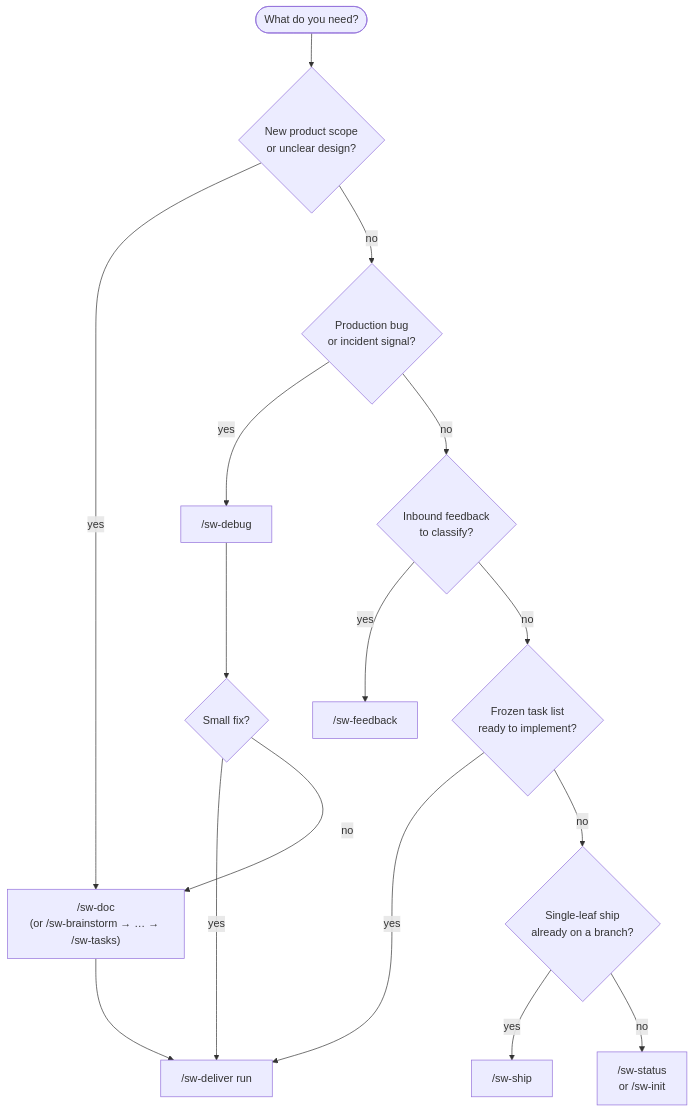
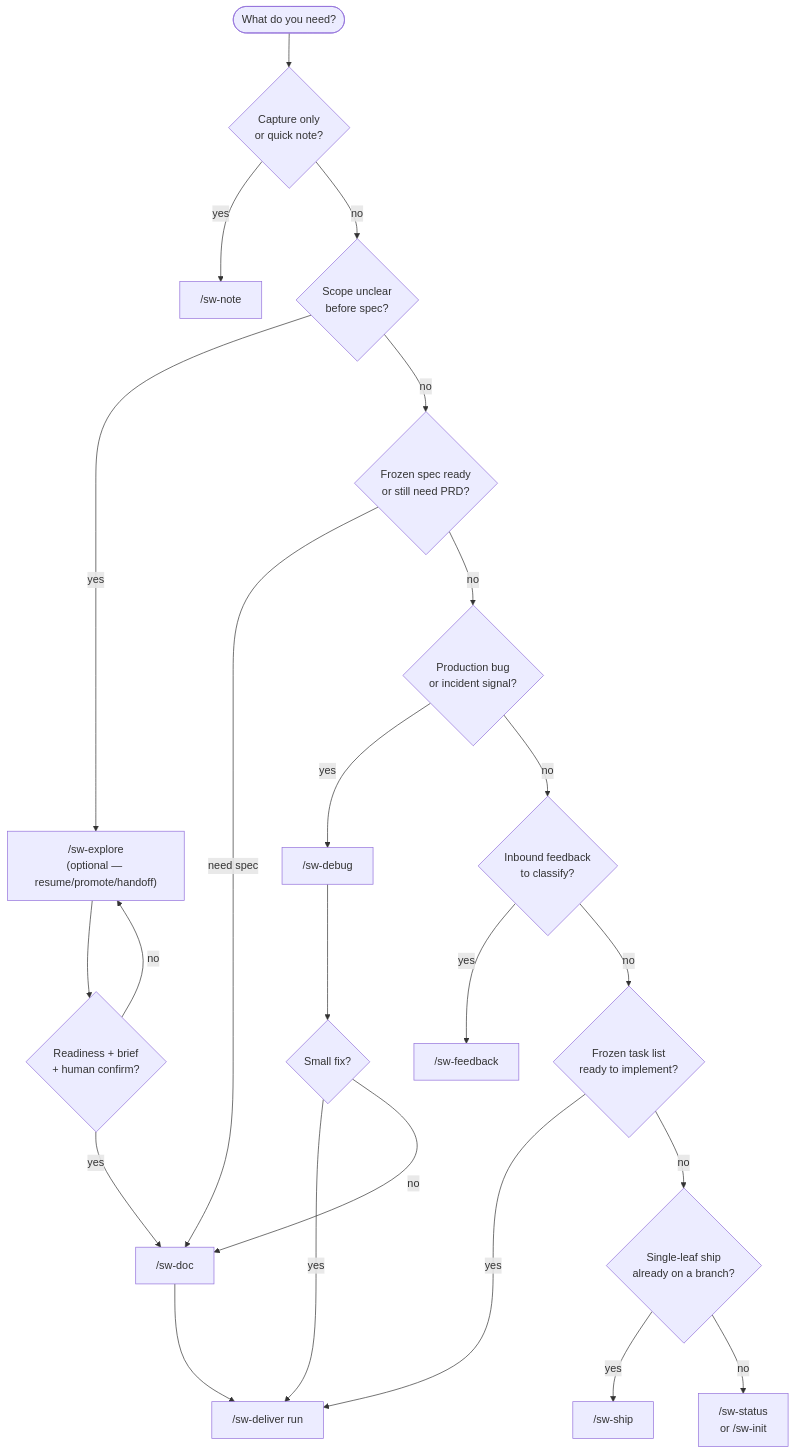
The first of 3 diagrams in docs/guides/decision-tree.md (grdavies/shipwright), drawn with Mermaid before and after one commit. The commit also changed other lines of this file and 84 other files, not shown here.

First line of the commit message:
feat(prd-331): sw explore first release (#1039)

````diff
--- a/docs/guides/decision-tree.md
+++ b/docs/guides/decision-tree.md
@@ -7,18 +7,25 @@
 ```mermaid
 flowchart TD
-  start([What do you need?]) --> newScope{New product scope<br/>or unclear design?}
-  newScope -->|yes| doc["/sw-doc<br/>(or /sw-brainstorm → … → /sw-tasks)"]
+  start([What do you need?]) --> capture{Capture only<br/>or quick note?}
+  capture -->|yes| note["/sw-note"]
+  capture -->|no| exploreQ{Scope unclear<br/>before spec?}
+  exploreQ -->|yes| explore["/sw-explore<br/>(optional — resume/promote/handoff)"]
+  exploreQ -->|no| newScope{Frozen spec ready<br/>or still need PRD?}
+  explore --> docHandoff{Readiness + brief<br/>+ human confirm?}
+  docHandoff -->|yes| doc["/sw-doc"]
+  docHandoff -->|no| explore
+  newScope -->|need spec| doc
   newScope -->|no| bug{Production bug<br/>or incident signal?}
   bug -->|yes| debug["/sw-debug"]
   bug -->|no| feedback{Inbound feedback<br/>to classify?}
   feedback -->|yes| fb["/sw-feedback"]
   feedback -->|no| frozen{Frozen task list<br/>ready to implement?}
   frozen -->|yes| deliver["/sw-deliver run"]
   frozen -->|no| single{Single-leaf ship<br/>already on a branch?}
   single -->|yes| ship["/sw-ship"]
   single -->|no| status["/sw-status<br/>or /sw-init"]
   doc --> deliver
   debug --> routeDbg{Small fix?}
   routeDbg -->|yes| deliver
   routeDbg -->|no| doc
 ```
````
